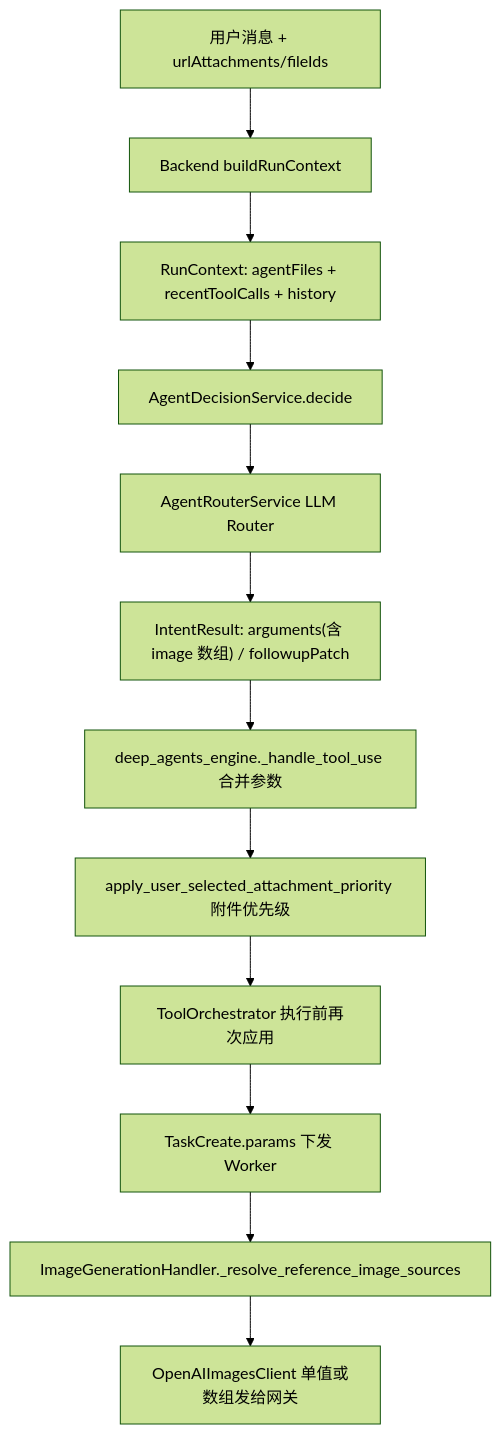
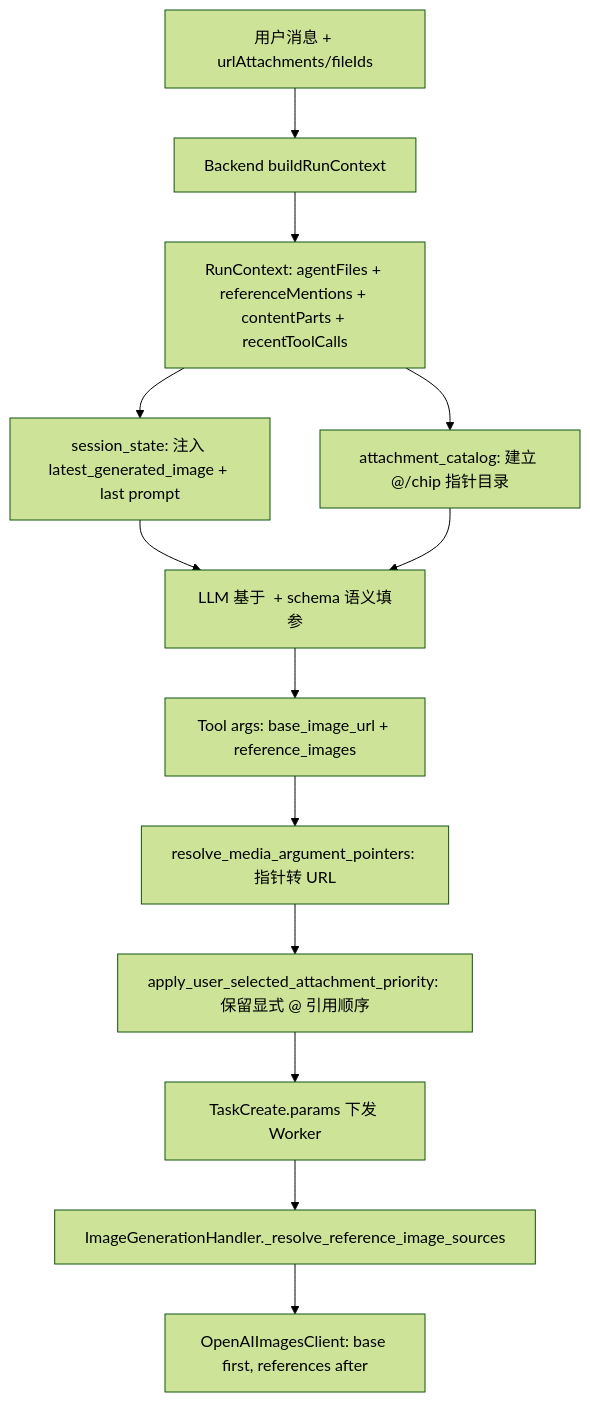
The diagram in docs/参考图解析链路与多图保留-2026-06-13.md (LancyPluto/update_aiworkspace), drawn with Mermaid (forest theme) before and after one commit. The commit also changed other lines of this file and 147 other files, not shown here.

````diff
--- a/docs/参考图解析链路与多图保留-2026-06-13.md
+++ b/docs/参考图解析链路与多图保留-2026-06-13.md
@@ -11,14 +11,15 @@
 ```mermaid
 flowchart TD
     A["用户消息 + urlAttachments/fileIds"] --> B["Backend buildRunContext"]
-    B --> C["RunContext: agentFiles + recentToolCalls + history"]
-    C --> D["AgentDecisionService.decide"]
-    D --> E["AgentRouterService LLM Router"]
-    E --> F["IntentResult: arguments(含 image 数组) / followupPatch"]
-    F --> G["deep_agents_engine._handle_tool_use 合并参数"]
-    G --> H["apply_user_selected_attachment_priority 附件优先级"]
-    H --> I["ToolOrchestrator 执行前再次应用"]
+    B --> C["RunContext: agentFiles + referenceMentions + contentParts + recentToolCalls"]
+    C --> D["session_state: 注入 latest_generated_image + last prompt"]
+    C --> E["attachment_catalog: 建立 @/chip 指针目录"]
+    D --> F["LLM 基于 <SessionState> + schema 语义填参"]
+    E --> F
+    F --> G["Tool args: base_image_url + reference_images"]
+    G --> H["resolve_media_argument_pointers: 指针转 URL"]
+    H --> I["apply_user_selected_attachment_priority: 保留显式 @ 引用顺序"]
     I --> J["TaskCreate.params 下发 Worker"]
     J --> K["ImageGenerationHandler._resolve_reference_image_sources"]
-    K --> L["OpenAIImagesClient 单值或数组发给网关"]
+    K --> L["OpenAIImagesClient: base first, references after"]
 ```
````
